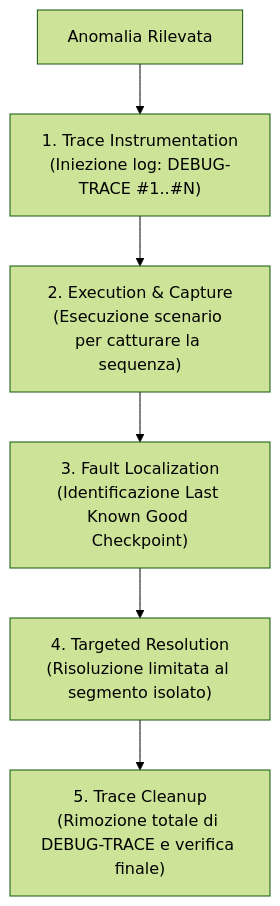
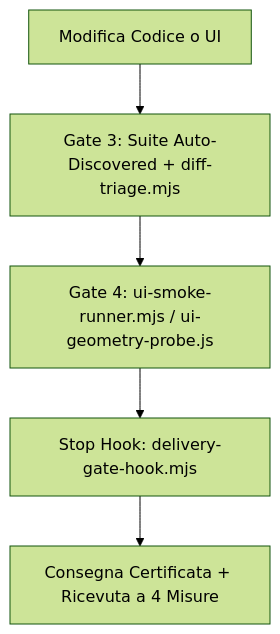
The diagram in plugins/engineering-workflow/README.md (alessandroame/antigravity-plugins), drawn with Mermaid (forest theme) before and after one commit. The commit also changed other lines of this file and 17 other files, not shown here.

Commit message:
feat(engineering-workflow): add diff triage, review-diff skill, delivery Stop hook, and UI smoke runner

````diff
--- a/plugins/engineering-workflow/README.md
+++ b/plugins/engineering-workflow/README.md
@@ -80,8 +51,7 @@
 ```mermaid
 flowchart TD
-    A["Anomalia Rilevata"] --> B["1. Trace Instrumentation<br/>(Iniezione log: DEBUG-TRACE #1..#N)"]
-    B --> C["2. Execution & Capture<br/>(Esecuzione scenario per catturare la sequenza)"]
-    C --> D["3. Fault Localization<br/>(Identificazione Last Known Good Checkpoint)"]
-    D --> E["4. Targeted Resolution<br/>(Risoluzione limitata al segmento isolato)"]
-    E --> F["5. Trace Cleanup<br/>(Rimozione totale di DEBUG-TRACE e verifica finale)"]
+    A["Modifica Codice o UI"] --> B["Gate 3: Suite Auto-Discovered + diff-triage.mjs"]
+    B --> C["Gate 4: ui-smoke-runner.mjs / ui-geometry-probe.js"]
+    C --> D["Stop Hook: delivery-gate-hook.mjs"]
+    D --> E["Consegna Certificata + Ricevuta a 4 Misure"]
 ```
````
